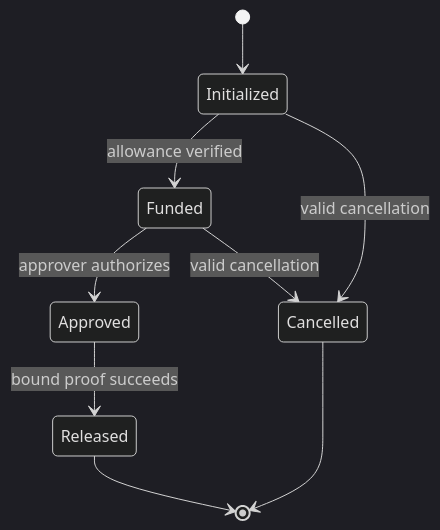
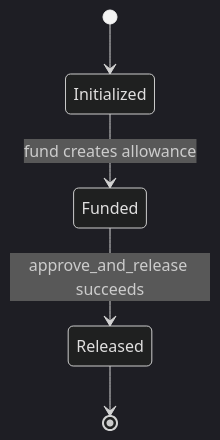
Before and after one commit to Trustless-Work/privacy-poc: the third of 3 diagrams in docs/architecture.md, drawn with Mermaid (dark theme). The commit also changed other lines of this file and 189 other files, not shown here.

````diff
--- a/docs/architecture.md
+++ b/docs/architecture.md
@@ -56,11 +55,7 @@
 ```mermaid
 stateDiagram-v2
     [*] --> Initialized
-    Initialized --> Funded: allowance verified
-    Funded --> Approved: approver authorizes
-    Approved --> Released: bound proof succeeds
-    Initialized --> Cancelled: valid cancellation
-    Funded --> Cancelled: valid cancellation
+    Initialized --> Funded: fund creates allowance
+    Funded --> Released: approve_and_release succeeds
     Released --> [*]
-    Cancelled --> [*]
 ```
````
